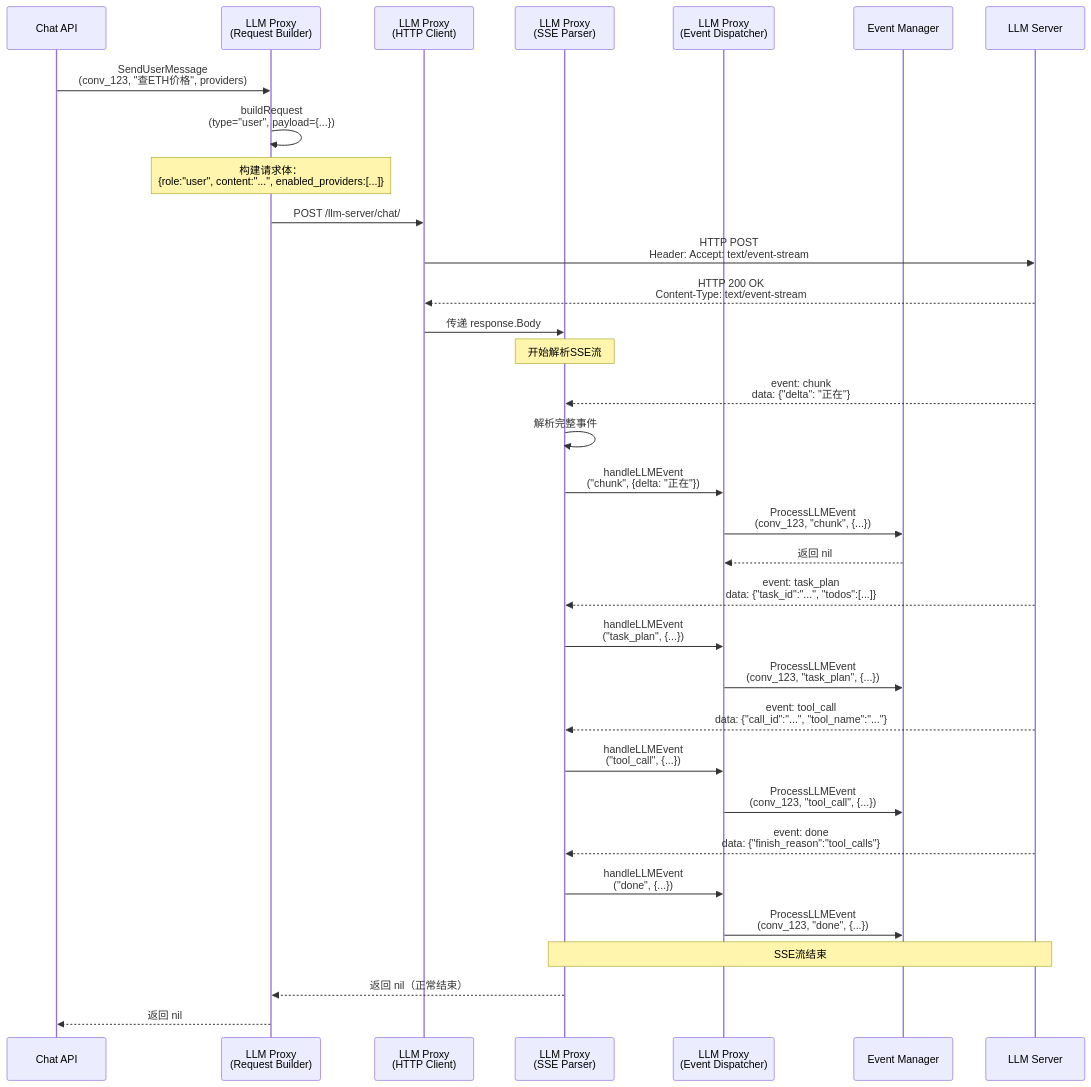
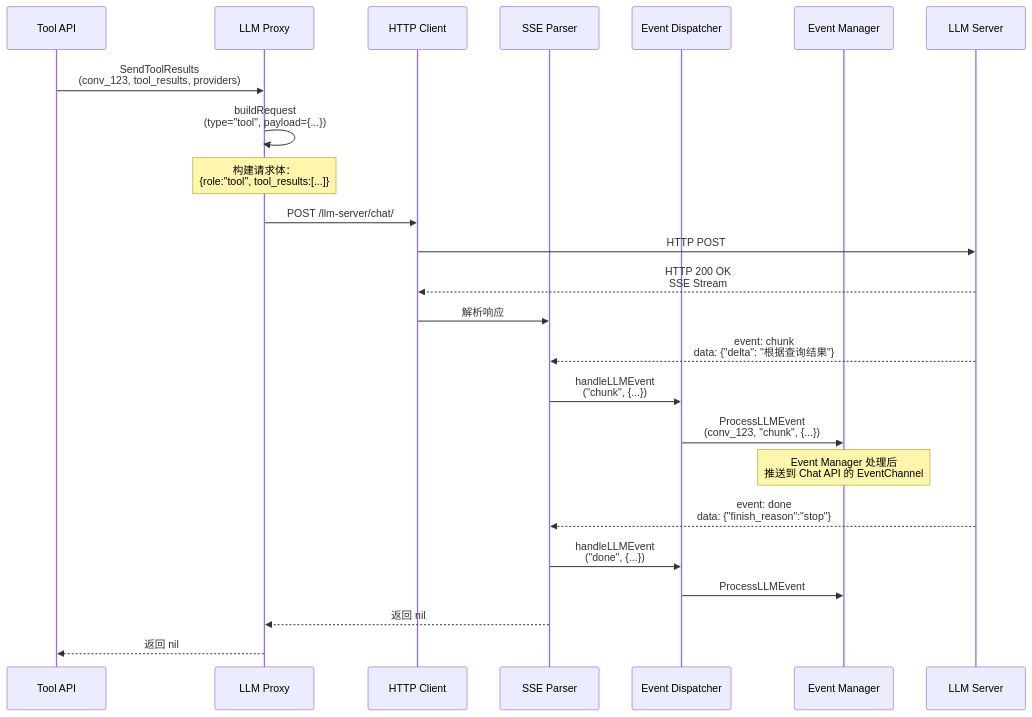
Before and after one commit to yingjianzh/iodraw-files: the diagram in all/未命名-10.md, drawn with Mermaid.

Commit message:
2025-12-23 09:52:24 update

````diff
--- a/all/未命名-10.md
+++ b/all/未命名-10.md
@@ -1,47 +1,35 @@
 ```mermaid
 sequenceDiagram
-    participant ChatAPI as Chat API
-    participant LLMProxy as LLM Proxy<br/>(Request Builder)
-    participant HTTPClient as LLM Proxy<br/>(HTTP Client)
-    participant SSEParser as LLM Proxy<br/>(SSE Parser)
-    participant EventDisp as LLM Proxy<br/>(Event Dispatcher)
+    participant ToolAPI as Tool API
+    participant LLMProxy as LLM Proxy
+    participant HTTPClient as HTTP Client
+    participant SSEParser as SSE Parser
+    participant EventDisp as Event Dispatcher
     participant EventMgr as Event Manager
     participant LLM as LLM Server
 
-    ChatAPI->>LLMProxy: SendUserMessage<br/>(conv_123, "查ETH价格", providers)
+    ToolAPI->>LLMProxy: SendToolResults<br/>(conv_123, tool_results, providers)
     
-    LLMProxy->>LLMProxy: buildRequest<br/>(type="user", payload={...})
-    Note over LLMProxy: 构建请求体：<br/>{role:"user", content:"...", enabled_providers:[...]}
+    LLMProxy->>LLMProxy: buildRequest<br/>(type="tool", payload={...})
+    Note over LLMProxy: 构建请求体：<br/>{role:"tool", tool_results:[...]}
     
     LLMProxy->>HTTPClient: POST /llm-server/chat/
-    HTTPClient->>LLM: HTTP POST<br/>Header: Accept: text/event-stream
+    HTTPClient->>LLM: HTTP POST
     
-    LLM-->>HTTPClient: HTTP 200 OK<br/>Content-Type: text/event-stream
+    LLM-->>HTTPClient: HTTP 200 OK<br/>SSE Stream
     
-    HTTPClient->>SSEParser: 传递 response.Body
+    HTTPClient->>SSEParser: 解析响应
     
-    Note over SSEParser: 开始解析SSE流
+    LLM-->>SSEParser: event: chunk<br/>data: {"delta": "根据查询结果"}
+    SSEParser->>EventDisp: handleLLMEvent<br/>("chunk", {...})
+    EventDisp->>EventMgr: ProcessLLMEvent<br/>(conv_123, "chunk", {...})
     
-    LLM-->>SSEParser: event: chunk<br/>data: {"delta": "正在"}
-    SSEParser->>SSEParser: 解析完整事件
-    SSEParser->>EventDisp: handleLLMEvent<br/>("chunk", {delta: "正在"})
-    EventDisp->>EventMgr: ProcessLLMEvent<br/>(conv_123, "chunk", {...})
-    EventMgr-->>EventDisp: 返回 nil
+    Note over EventMgr: Event Manager 处理后<br/>推送到 Chat API 的 EventChannel
     
-    LLM-->>SSEParser: event: task_plan<br/>data: {"task_id":"...", "todos":[...]}
-    SSEParser->>EventDisp: handleLLMEvent<br/>("task_plan", {...})
-    EventDisp->>EventMgr: ProcessLLMEvent<br/>(conv_123, "task_plan", {...})
+    LLM-->>SSEParser: event: done<br/>data: {"finish_reason":"stop"}
+    SSEParser->>EventDisp: handleLLMEvent<br/>("done", {...})
+    EventDisp->>EventMgr: ProcessLLMEvent
     
-    LLM-->>SSEParser: event: tool_call<br/>data: {"call_id":"...", "tool_name":"..."}
-    SSEParser->>EventDisp: handleLLMEvent<br/>("tool_call", {...})
-    EventDisp->>EventMgr: ProcessLLMEvent<br/>(conv_123, "tool_call", {...})
-    
-    LLM-->>SSEParser: event: done<br/>data: {"finish_reason":"tool_calls"}
-    SSEParser->>EventDisp: handleLLMEvent<br/>("done", {...})
-    EventDisp->>EventMgr: ProcessLLMEvent<br/>(conv_123, "done", {...})
-    
-    Note over LLM,SSEParser: SSE流结束
-    
-    SSEParser-->>LLMProxy: 返回 nil（正常结束）
-    LLMProxy-->>ChatAPI: 返回 nil
+    SSEParser-->>LLMProxy: 返回 nil
+    LLMProxy-->>ToolAPI: 返回 nil
 ```
````
